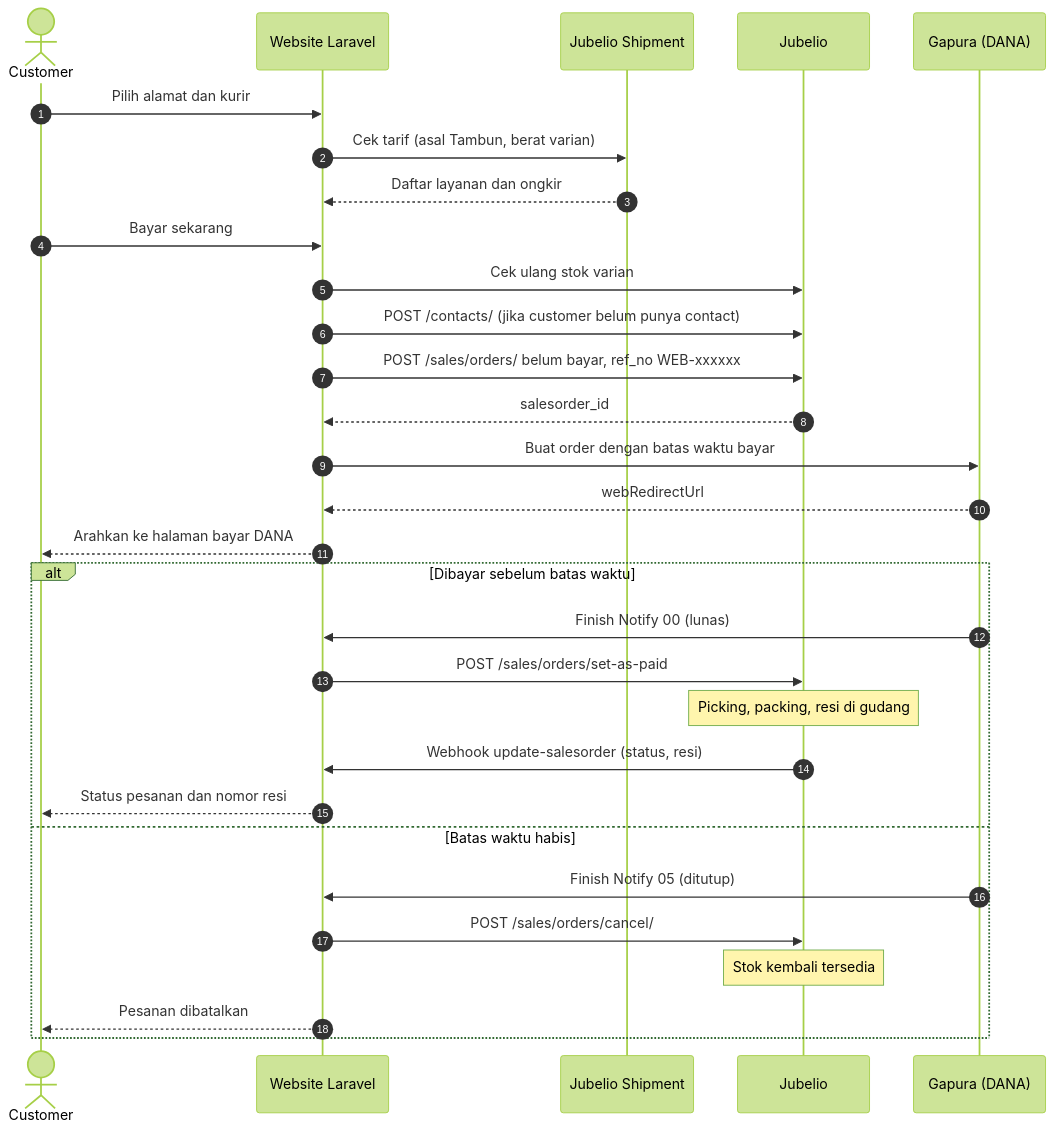
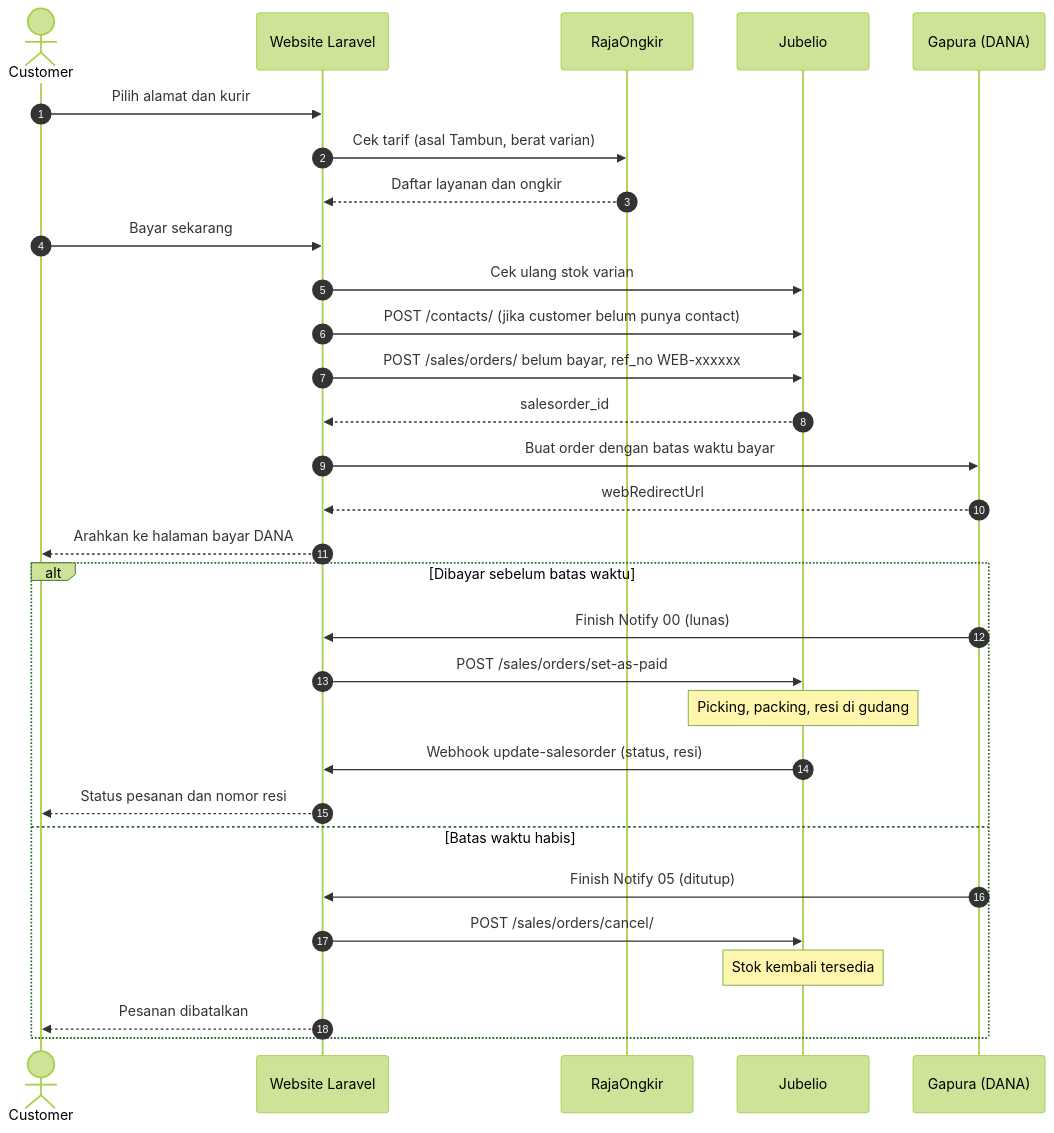
The second of 2 diagrams in docs/arsitektur-sistem.md (Zhafransss/E-Commers-Saeful-Askar), drawn with Mermaid (forest theme) before and after one commit. The commit also changed other lines of this file and 22 other files, not shown here.

First line of the commit message:
feat: Integrate RajaOngkir for shipping rates

````diff
--- a/docs/arsitektur-sistem.md
+++ b/docs/arsitektur-sistem.md
@@ -64,32 +64,32 @@
 ```mermaid
 sequenceDiagram
   autonumber
   actor C as Customer
   participant W as Website Laravel
-  participant S as Jubelio Shipment
+  participant S as RajaOngkir
   participant J as Jubelio
   participant X as Gapura (DANA)
   C->>W: Pilih alamat dan kurir
   W->>S: Cek tarif (asal Tambun, berat varian)
   S-->>W: Daftar layanan dan ongkir
   C->>W: Bayar sekarang
   W->>J: Cek ulang stok varian
   W->>J: POST /contacts/ (jika customer belum punya contact)
   W->>J: POST /sales/orders/ belum bayar, ref_no WEB-xxxxxx
   J-->>W: salesorder_id
   W->>X: Buat order dengan batas waktu bayar
   X-->>W: webRedirectUrl
   W-->>C: Arahkan ke halaman bayar DANA
   alt Dibayar sebelum batas waktu
     X->>W: Finish Notify 00 (lunas)
     W->>J: POST /sales/orders/set-as-paid
     Note over J: Picking, packing, resi di gudang
     J->>W: Webhook update-salesorder (status, resi)
     W-->>C: Status pesanan dan nomor resi
   else Batas waktu habis
     X->>W: Finish Notify 05 (ditutup)
     W->>J: POST /sales/orders/cancel/
     Note over J: Stok kembali tersedia
     W-->>C: Pesanan dibatalkan
   end
 ```
````
